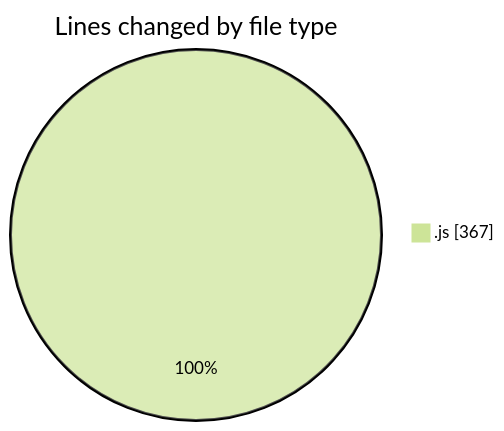
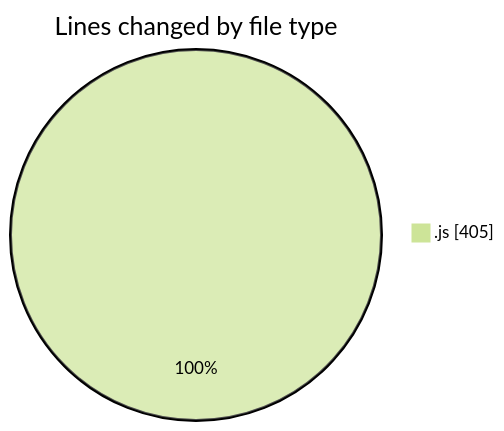
One commit to nxtqubesakshisongat/code-tracking changed the first of 2 diagrams in 2025-06-19/nxtqube_webapp/README.md. Above: the diagram before and after it, drawn with Mermaid (forest theme). The commit also changed other lines of this file and 1 other file, not shown here.

````diff
--- a/2025-06-19/nxtqube_webapp/README.md
+++ b/2025-06-19/nxtqube_webapp/README.md
@@ -26,5 +26,5 @@
 ```mermaid
 pie showData
 title Lines changed by file type
-".js" : 367
+".js" : 405
 ```
````
